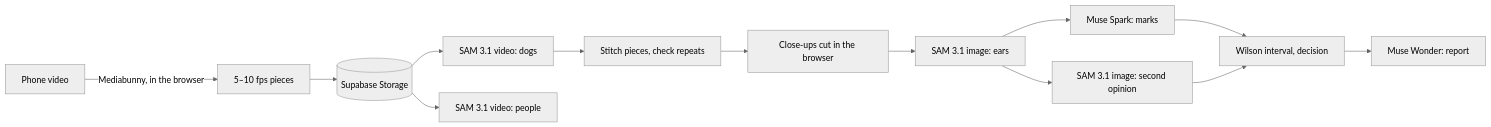
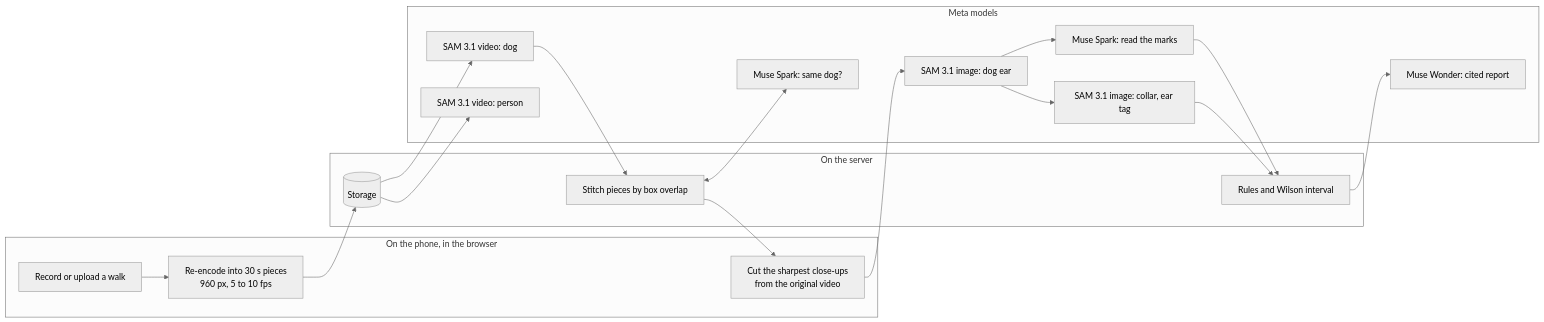
One commit to omkydv/Seventy changed the diagram in README.md. Above: the diagram before and after it, drawn with Mermaid (neutral theme). The commit also changed other lines of this file and 66 other files, not shown here.

````diff
--- a/README.md
+++ b/README.md
@@ -87,15 +143,33 @@
 ```mermaid
 flowchart LR
-  A[Phone video] -->|Mediabunny, in the browser| B[5–10 fps pieces]
-  B --> C[(Supabase Storage)]
-  C --> D[SAM 3.1 video: dogs]
-  C --> E[SAM 3.1 video: people]
-  D --> F[Stitch pieces, check repeats]
-  F --> G[Close-ups cut in the browser]
-  G --> H[SAM 3.1 image: ears]
-  H --> I[Muse Spark: marks]
-  H --> S[SAM 3.1 image: second opinion]
-  I --> J[Wilson interval, decision]
+  subgraph Phone["On the phone, in the browser"]
+    A["Record or upload a walk"] --> B["Re-encode into 30 s pieces<br/>960 px, 5 to 10 fps"]
+    G["Cut the sharpest close-ups<br/>from the original video"]
+  end
+  subgraph Server["On the server"]
+    C[("Storage")]
+    E["Stitch pieces by box overlap"]
+    J["Rules and Wilson interval"]
+  end
+  subgraph Meta["Meta models"]
+    D1["SAM 3.1 video: dog"]
+    D2["SAM 3.1 video: person"]
+    R["Muse Spark: same dog?"]
+    H["SAM 3.1 image: dog ear"]
+    I["Muse Spark: read the marks"]
+    S["SAM 3.1 image: collar, ear tag"]
+    K["Muse Wonder: cited report"]
+  end
+  B --> C
+  C --> D1
+  C --> D2
+  D1 --> E
+  E <--> R
+  E --> G
+  G --> H
+  H --> I
+  H --> S
+  I --> J
   S --> J
-  J --> K[Muse Wonder: report]
+  J --> K
 ```
````
